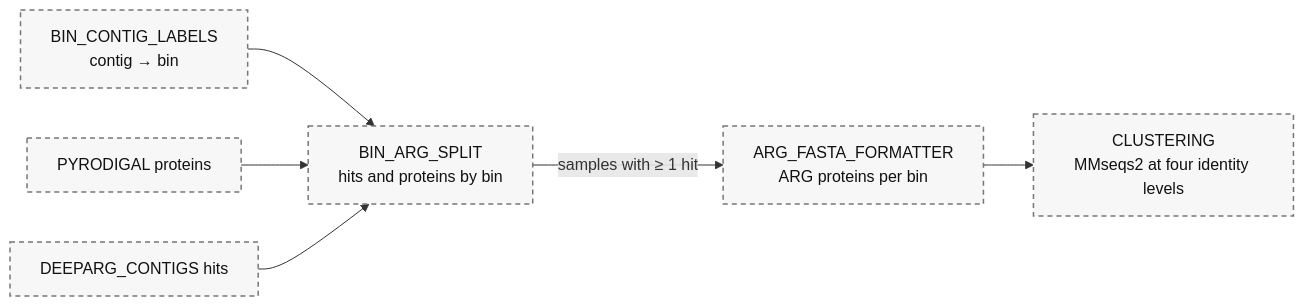
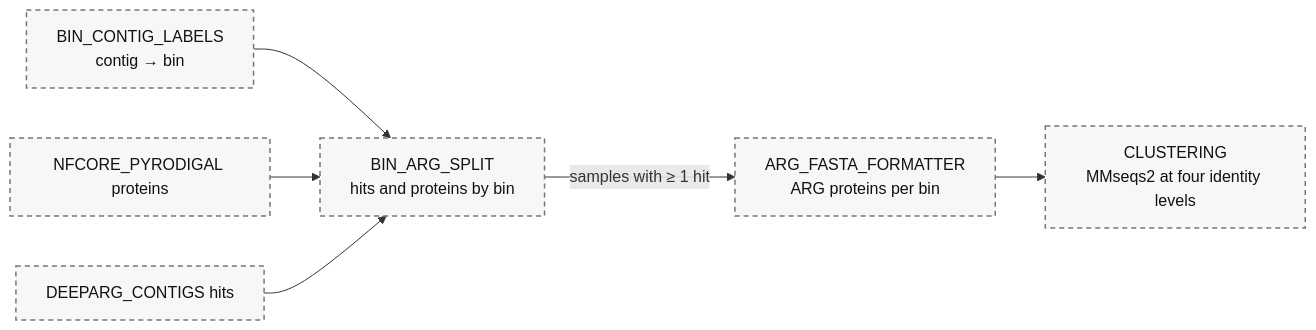
One commit to gene2dis/BugBuster changed diagram 11 of 14 in docs/WORKFLOW_DIAGRAM.md. Above: the diagram before and after it, drawn with Mermaid. The commit also changed other lines of this file and 36 other files, not shown here.

````diff
--- a/docs/WORKFLOW_DIAGRAM.md
+++ b/docs/WORKFLOW_DIAGRAM.md
@@ -433,11 +433,11 @@
 ```mermaid
 flowchart LR
     BIN_CONTIG_LABELS["BIN_CONTIG_LABELS<br/>contig → bin"] --> BIN_ARG_SPLIT
-    PYRODIGAL["PYRODIGAL proteins"] --> BIN_ARG_SPLIT
+    NFCORE_PYRODIGAL["NFCORE_PYRODIGAL proteins"] --> BIN_ARG_SPLIT
     DEEPARG_CONTIGS["DEEPARG_CONTIGS hits"] --> BIN_ARG_SPLIT["BIN_ARG_SPLIT<br/>hits and proteins by bin"]
     BIN_ARG_SPLIT -->|"samples with ≥ 1 hit"| ARG_FASTA_FORMATTER["ARG_FASTA_FORMATTER<br/>ARG proteins per bin"]
     ARG_FASTA_FORMATTER --> CLUSTERING["CLUSTERING<br/>MMseqs2 at four identity levels"]
 
     classDef opt fill:#F7F7F7,stroke:#777,stroke-width:1.5px,stroke-dasharray:5 4,color:#111
-    class BIN_CONTIG_LABELS,PYRODIGAL,DEEPARG_CONTIGS,BIN_ARG_SPLIT,ARG_FASTA_FORMATTER,CLUSTERING opt
+    class BIN_CONTIG_LABELS,NFCORE_PYRODIGAL,DEEPARG_CONTIGS,BIN_ARG_SPLIT,ARG_FASTA_FORMATTER,CLUSTERING opt
 ```
````
